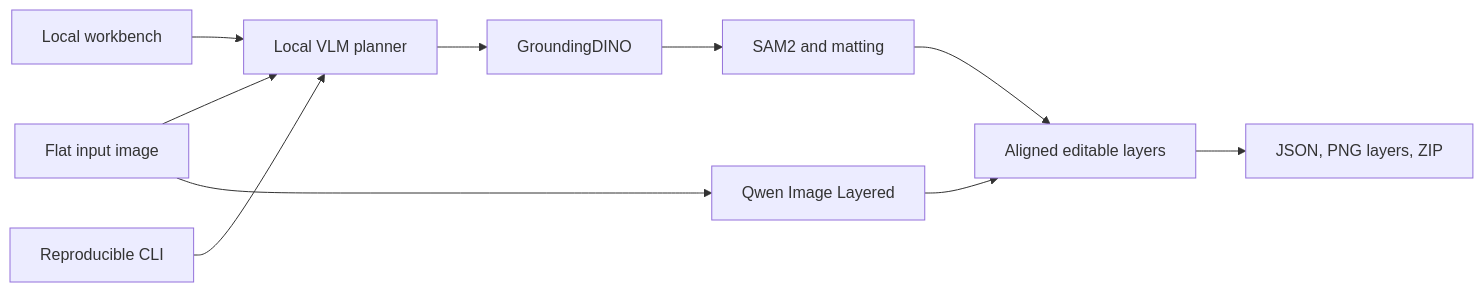
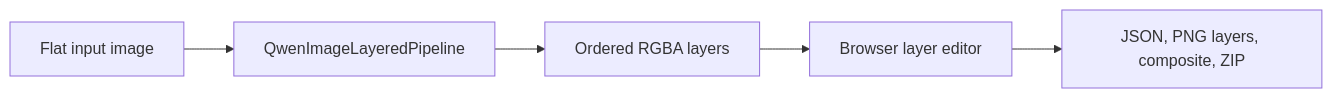
One commit to CommanderTurtle/mm-tools changed the diagram in redesign/ARCHITECTURE.md. Above: the diagram before and after it, drawn with Mermaid. The commit also changed other lines of this file and 10 other files, not shown here.

````diff
--- a/redesign/ARCHITECTURE.md
+++ b/redesign/ARCHITECTURE.md
@@ -5,12 +5,7 @@
 ```mermaid
 flowchart LR
-    Flat["Flat input image"] --> Planner["Local VLM planner"]
-    Planner --> Detect["GroundingDINO"]
-    Detect --> Segment["SAM2 and matting"]
-    Segment --> Layers["Aligned editable layers"]
-    Flat --> Qwen["Qwen Image Layered"]
-    Qwen --> Layers
-    Layers --> Export["JSON, PNG layers, ZIP"]
-    Browser["Local workbench"] --> Planner
-    CLI["Reproducible CLI"] --> Planner
+    Flat["Flat input image"] --> Diffusers["QwenImageLayeredPipeline"]
+    Diffusers --> RGBA["Ordered RGBA layers"]
+    RGBA --> Editor["Browser layer editor"]
+    Editor --> Export["JSON, PNG layers, composite, ZIP"]
 ```
````
